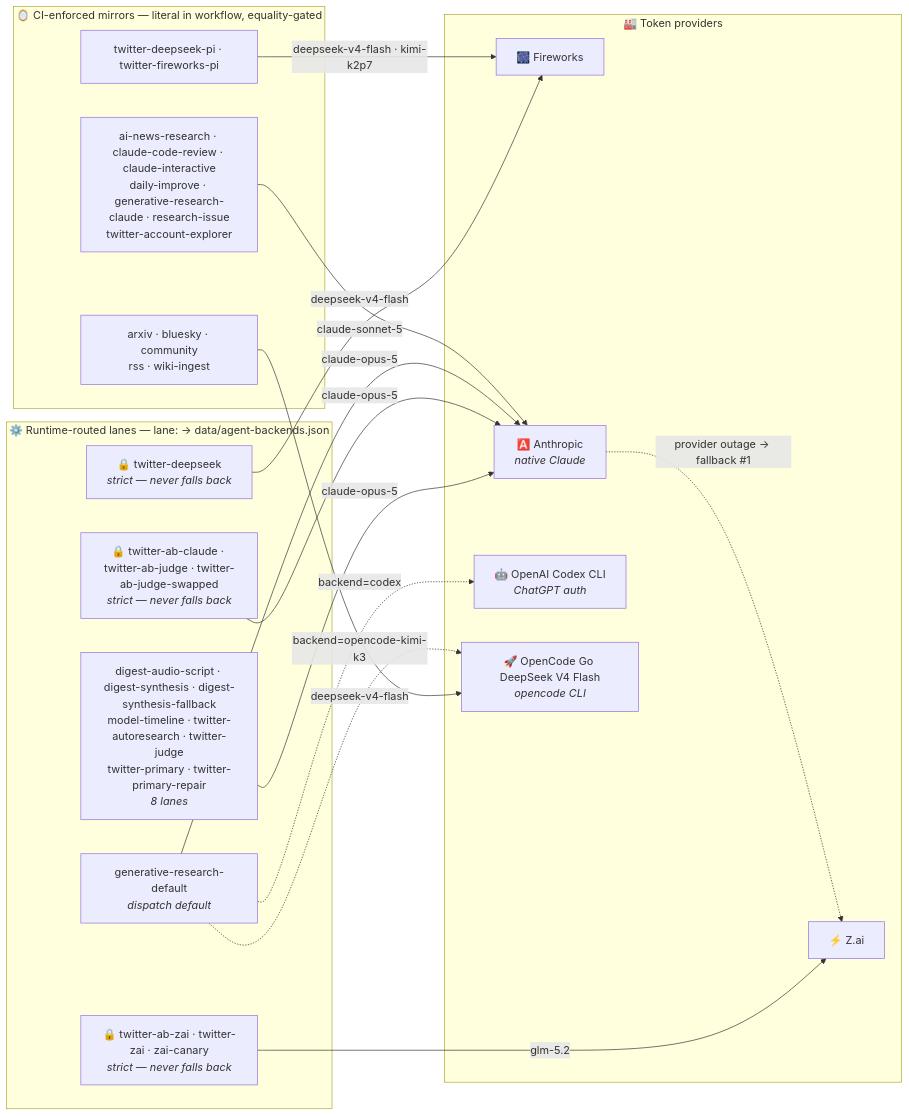
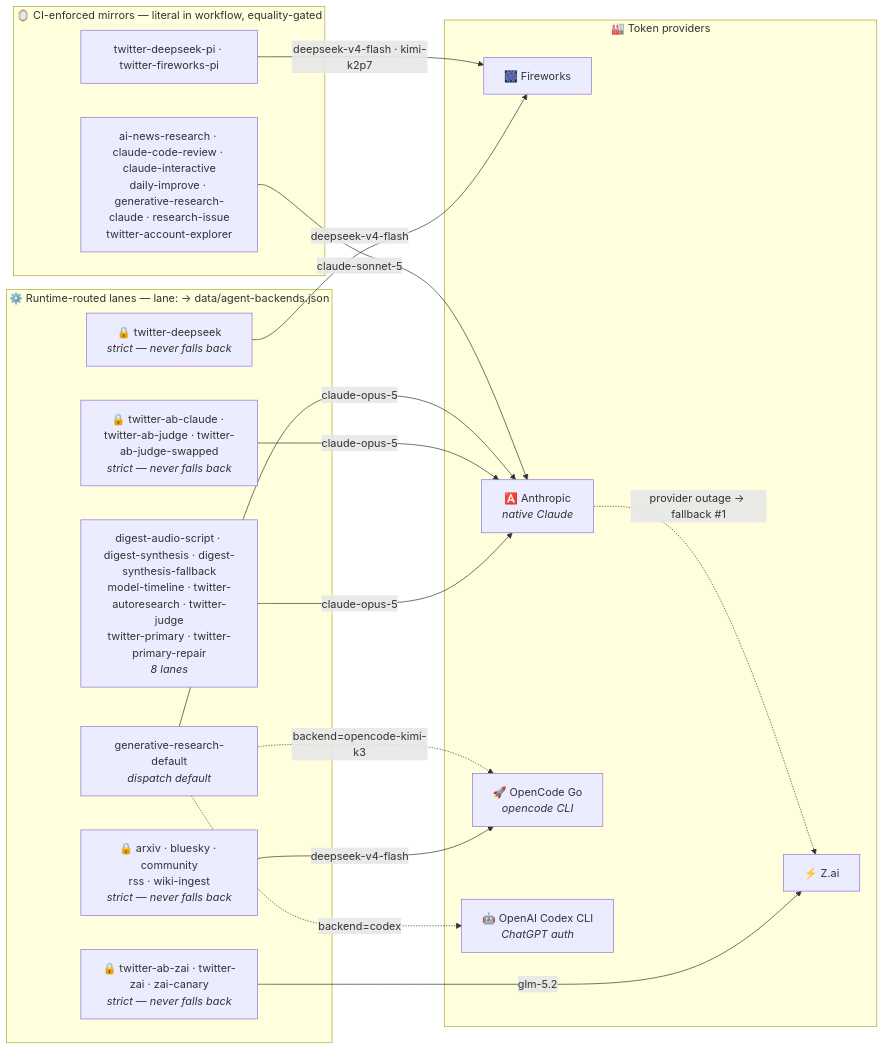
One commit to guzus/ai-research-arm changed the second of 3 diagrams in README.md. Above: the diagram before and after it, drawn with Mermaid. The commit also changed other lines of this file and 17 other files, not shown here.

````diff
--- a/README.md
+++ b/README.md
@@ -148,33 +148,33 @@
 ```mermaid
 flowchart LR
     subgraph runtime["⚙️ Runtime-routed lanes — lane: → data/agent-backends.json"]
         lanes0["digest-audio-script · digest-synthesis · digest-synthesis-fallback<br/>model-timeline · twitter-autoresearch · twitter-judge<br/>twitter-primary · twitter-primary-repair<br/><i>8 lanes</i>"]
         strict0["🔒 twitter-ab-claude · twitter-ab-judge · twitter-ab-judge-swapped<br/><i>strict — never falls back</i>"]
         strict1["🔒 twitter-deepseek<br/><i>strict — never falls back</i>"]
-        strict2["🔒 twitter-ab-zai · twitter-zai · zai-canary<br/><i>strict — never falls back</i>"]
+        strict2["🔒 arxiv · bluesky · community<br/>rss · wiki-ingest<br/><i>strict — never falls back</i>"]
+        strict3["🔒 twitter-ab-zai · twitter-zai · zai-canary<br/><i>strict — never falls back</i>"]
         gendef["generative-research-default<br/><i>dispatch default</i>"]
     end
     subgraph mirrors["🪞 CI-enforced mirrors — literal in workflow, equality-gated"]
         pi["twitter-deepseek-pi · twitter-fireworks-pi"]
         native["ai-news-research · claude-code-review · claude-interactive<br/>daily-improve · generative-research-claude · research-issue<br/>twitter-account-explorer"]
-        opencode["arxiv · bluesky · community<br/>rss · wiki-ingest"]
     end
     subgraph providers["🏭 Token providers"]
         FW["🎆 Fireworks"]
         ZAI["⚡ Z.ai"]
         ANT["🅰️ Anthropic<br/><i>native Claude</i>"]
+        OC["🚀 OpenCode Go<br/><i>opencode CLI</i>"]
         OAI["🤖 OpenAI Codex CLI<br/><i>ChatGPT auth</i>"]
-        MSH["🚀 OpenCode Go DeepSeek V4 Flash<br/><i>opencode CLI</i>"]
     end
     lanes0 -->|"claude-opus-5"| ANT
     strict0 -->|"claude-opus-5"| ANT
     strict1 -->|"deepseek-v4-flash"| FW
-    strict2 -->|"glm-5.2"| ZAI
+    strict2 -->|"deepseek-v4-flash"| OC
+    strict3 -->|"glm-5.2"| ZAI
     gendef -->|"claude-opus-5"| ANT
     pi -->|"deepseek-v4-flash · kimi-k2p7"| FW
     native -->|"claude-sonnet-5"| ANT
-    opencode -->|"deepseek-v4-flash"| MSH
     gendef -.->|"backend=codex"| OAI
-    gendef -.->|"backend=opencode-kimi-k3"| MSH
+    gendef -.->|"backend=opencode-kimi-k3"| OC
     ANT -. "provider outage → fallback #1" .-> ZAI
 ```
````
